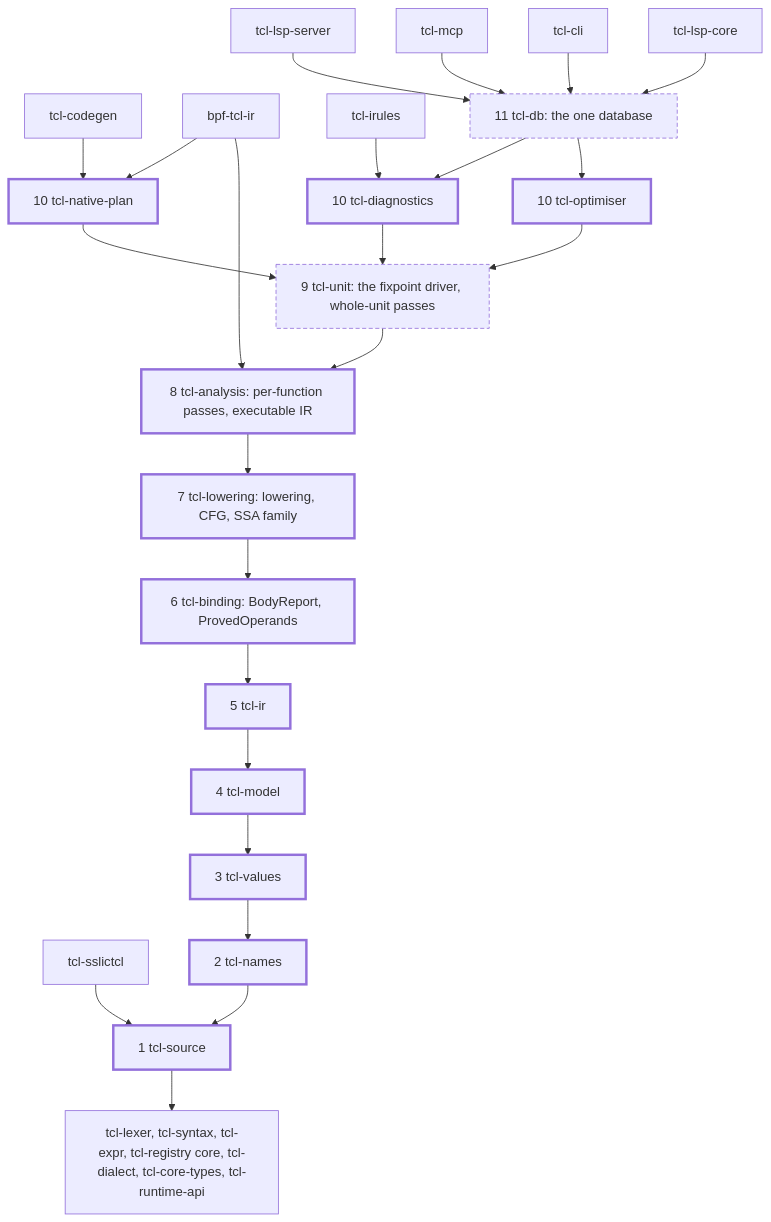
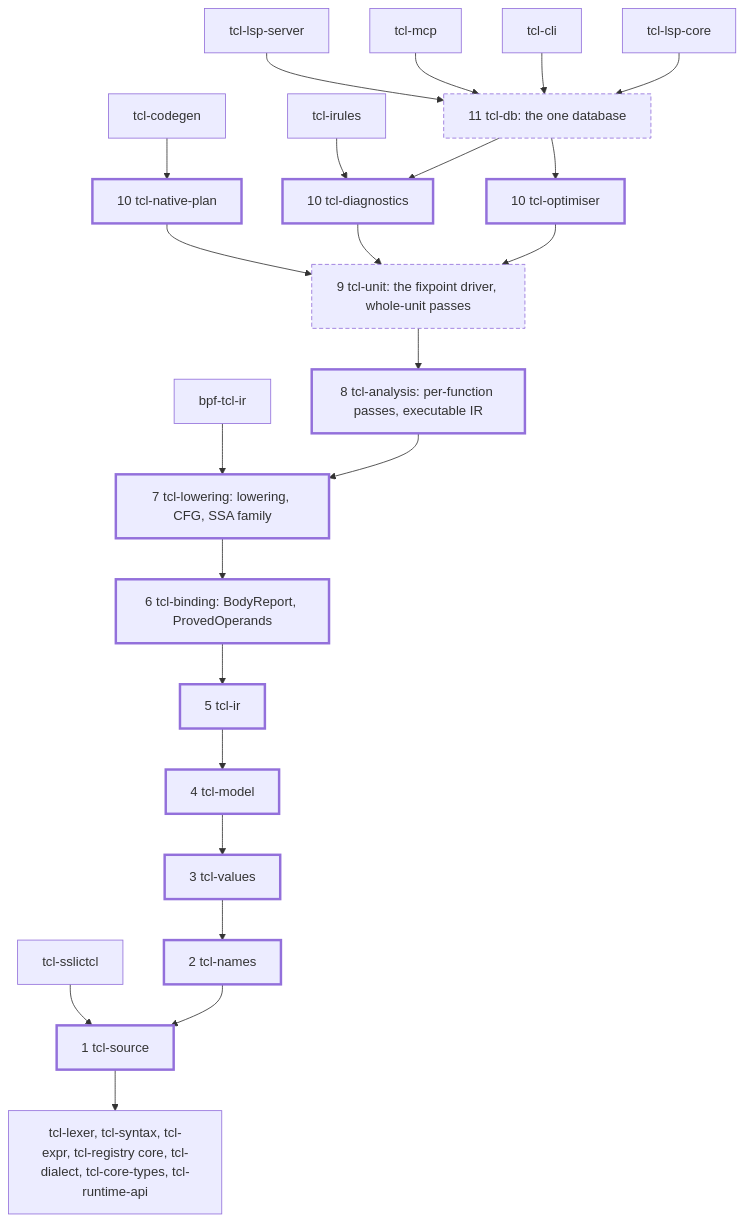
One commit to bitwisecook/tcl-lsp changed the second of 3 diagrams in docs/design/compiler/crate-split-design.md. Above: the diagram before and after it, drawn with Mermaid. The commit also changed other lines of this file and 7 other files, not shown here.

````diff
--- a/docs/design/compiler/crate-split-design.md
+++ b/docs/design/compiler/crate-split-design.md
@@ -297,54 +297,53 @@
 ```mermaid
 flowchart TB
   lspServer["tcl-lsp-server"]
   mcp["tcl-mcp"]
   cli["tcl-cli"]
   lspCore["tcl-lsp-core"]
   codegen["tcl-codegen"]
   bpf["bpf-tcl-ir"]
   irules["tcl-irules"]
   sslictcl["tcl-sslictcl"]
   db["11 tcl-db: the one database"]
   diagnostics["10 tcl-diagnostics"]
   optimiser["10 tcl-optimiser"]
   nativePlan["10 tcl-native-plan"]
   unit["9 tcl-unit: the fixpoint driver, whole-unit passes"]
   analysis["8 tcl-analysis: per-function passes, executable IR"]
   lowering["7 tcl-lowering: lowering, CFG, SSA family"]
   binding["6 tcl-binding: BodyReport, ProvedOperands"]
   ir["5 tcl-ir"]
   model["4 tcl-model"]
   values["3 tcl-values"]
   names["2 tcl-names"]
   source["1 tcl-source"]
   lower["tcl-lexer, tcl-syntax, tcl-expr, tcl-registry core, tcl-dialect, tcl-core-types, tcl-runtime-api"]
 
   lspServer --> db
   mcp --> db
   cli --> db
   lspCore --> db
   db --> diagnostics
   db --> optimiser
   irules --> diagnostics
   codegen --> nativePlan
-  bpf --> nativePlan
-  bpf --> analysis
+  bpf --> lowering
   diagnostics --> unit
   optimiser --> unit
   nativePlan --> unit
   unit --> analysis
   analysis --> lowering
   lowering --> binding
   binding --> ir
   ir --> model
   model --> values
   values --> names
   names --> source
   sslictcl --> source
   source --> lower
 
   classDef new stroke-width:3px;
   classDef renamed stroke-dasharray:5 3;
   class diagnostics,optimiser,nativePlan,analysis,lowering,binding,ir,model,values,names,source new;
   class db,unit renamed;
 ```
````
